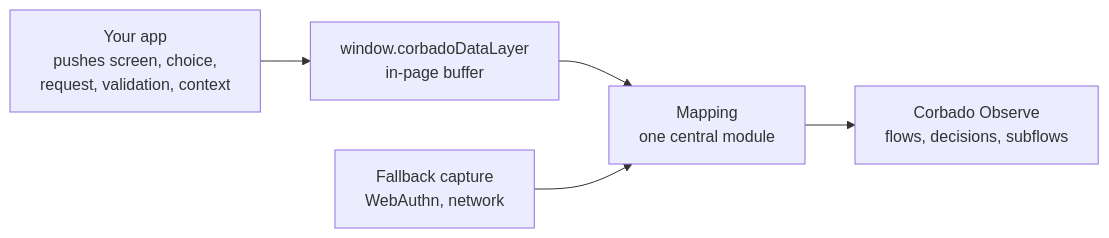
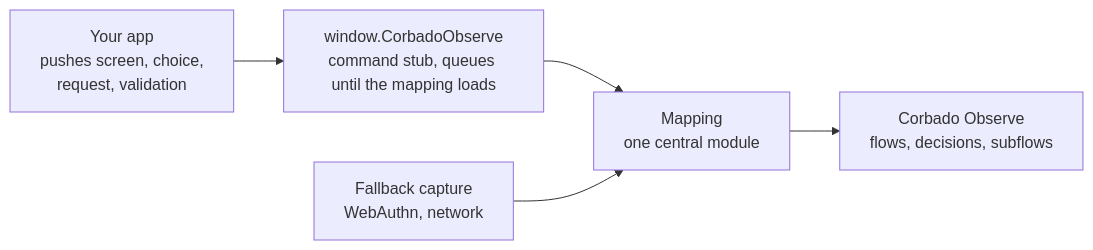
One commit to corbadotech/docs changed the diagram in corbado-observe/get-started/data-layer.mdx. Above: the diagram before and after it, drawn with Mermaid. The commit also changed other lines of this file and 1 other file, not shown here.

First line of the commit message:
Observe skill: CorbadoObserve command stub replaces the invented data layer global

````diff
--- a/corbado-observe/get-started/data-layer.mdx
+++ b/corbado-observe/get-started/data-layer.mdx
@@ -24,7 +24,7 @@
 ```mermaid
 flowchart LR
-    A["Your app<br />pushes screen, choice,<br />request, validation, context"] --> L["window.corbadoDataLayer<br />in-page buffer"]
+    A["Your app<br />pushes screen, choice,<br />request, validation"] --> L["window.CorbadoObserve<br />command stub, queues until the mapping loads"]
     L --> M["Mapping<br />one central module"]
     F["Fallback capture<br />WebAuthn, network"] --> M
     M --> O["Corbado Observe<br />flows, decisions, subflows"]
 ```
````
